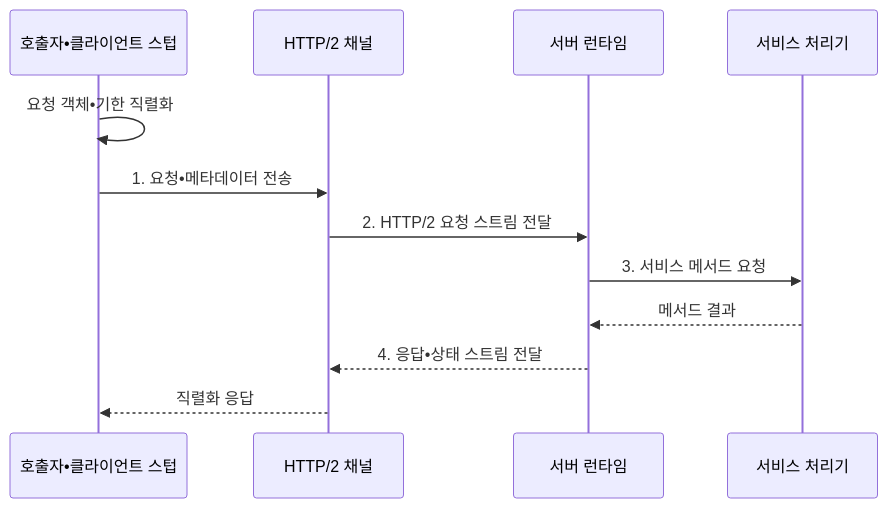
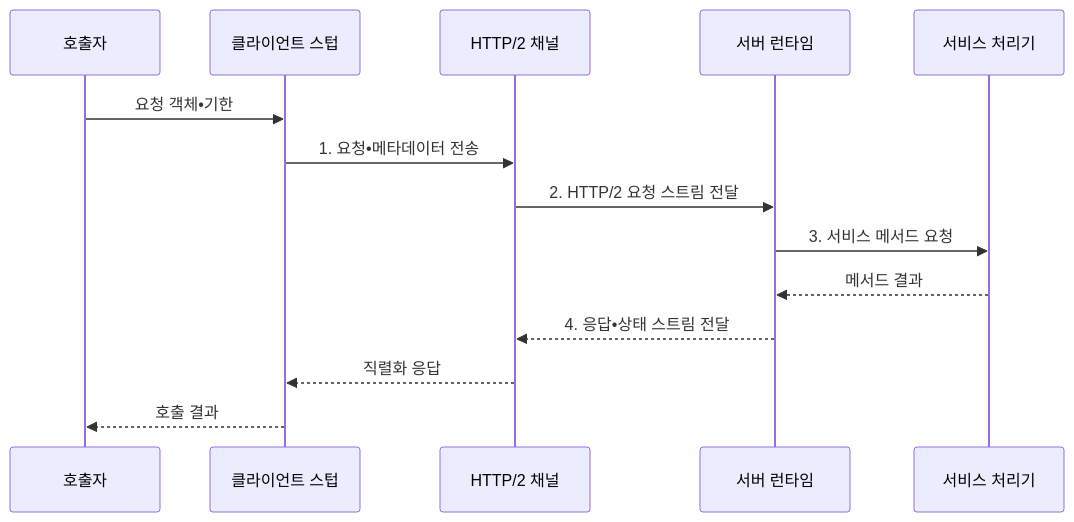
The second of 2 diagrams in src/content/docs/notes/03-software/173_grpc.md (agnusdei1207/knowledge-base), drawn with Mermaid before and after one commit. The commit also changed other lines of this file and 8 other files, not shown here.

````diff
--- a/src/content/docs/notes/03-software/173_grpc.md
+++ b/src/content/docs/notes/03-software/173_grpc.md
@@ -113,14 +113,16 @@
 ```mermaid
 sequenceDiagram
-    participant C as 호출자•클라이언트 스텁
+    participant C as 호출자
+    participant P as 클라이언트 스텁
     participant H as HTTP/2 채널
     participant R as 서버 런타임
     participant S as 서비스 처리기
-    C->>C: 요청 객체•기한 직렬화
-    C->>H: 1. 요청•메타데이터 전송
+    C->>P: 요청 객체•기한
+    P->>H: 1. 요청•메타데이터 전송
     H->>R: 2. HTTP/2 요청 스트림 전달
     R->>S: 3. 서비스 메서드 요청
     S-->>R: 메서드 결과
     R-->>H: 4. 응답•상태 스트림 전달
-    H-->>C: 직렬화 응답
+    H-->>P: 직렬화 응답
+    P-->>C: 호출 결과
 ```
````
